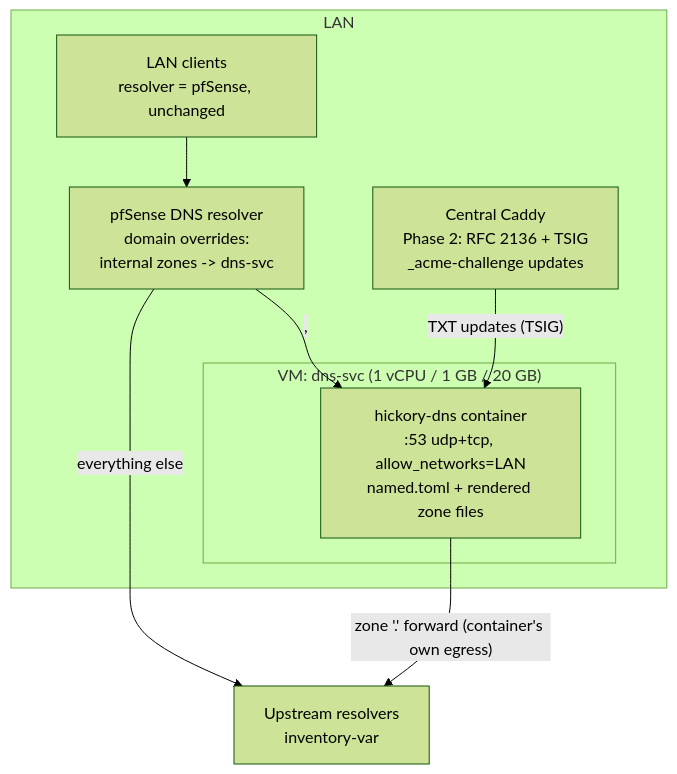
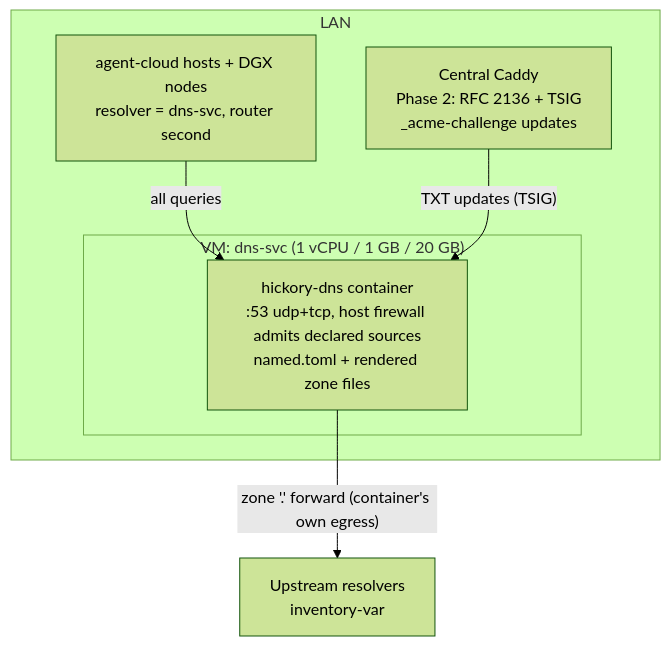
The ninth of 10 diagrams in plan/development/00-foundation-local-dev.md (uhstray-io/agent-cloud), drawn with Mermaid (forest theme) before and after one commit. The commit also changed other lines of this file and 17 other files, not shown here.

````diff
--- a/plan/development/00-foundation-local-dev.md
+++ b/plan/development/00-foundation-local-dev.md
@@ -1274,18 +1276,15 @@
 ```mermaid
 flowchart TB
   subgraph LAN
-    CL[LAN clients<br/>resolver = pfSense, unchanged]
-    PF[pfSense DNS resolver<br/>domain overrides:<br/>internal zones -> dns-svc]
+    AC[agent-cloud hosts + DGX nodes<br/>resolver = dns-svc, router second]
     subgraph VM["VM: dns-svc (1 vCPU / 1 GB / 20 GB)"]
-      HD[hickory-dns container<br/>:53 udp+tcp, allow_networks=LAN<br/>named.toml + rendered zone files]
+      HD[hickory-dns container<br/>:53 udp+tcp, host firewall admits declared sources<br/>named.toml + rendered zone files]
     end
     CAD[Central Caddy<br/>Phase 2: RFC 2136 + TSIG<br/>_acme-challenge updates]
   end
   UP[Upstream resolvers<br/>inventory-var]
 
-  CL --> PF
-  PF -- "<internal-zone>, <local-dev-zone>" --> HD
-  PF -- everything else --> UP
+  AC -- "all queries" --> HD
   HD -- "zone '.' forward (container's own egress)" --> UP
   CAD -- "TXT updates (TSIG)" --> HD
 ```
````
